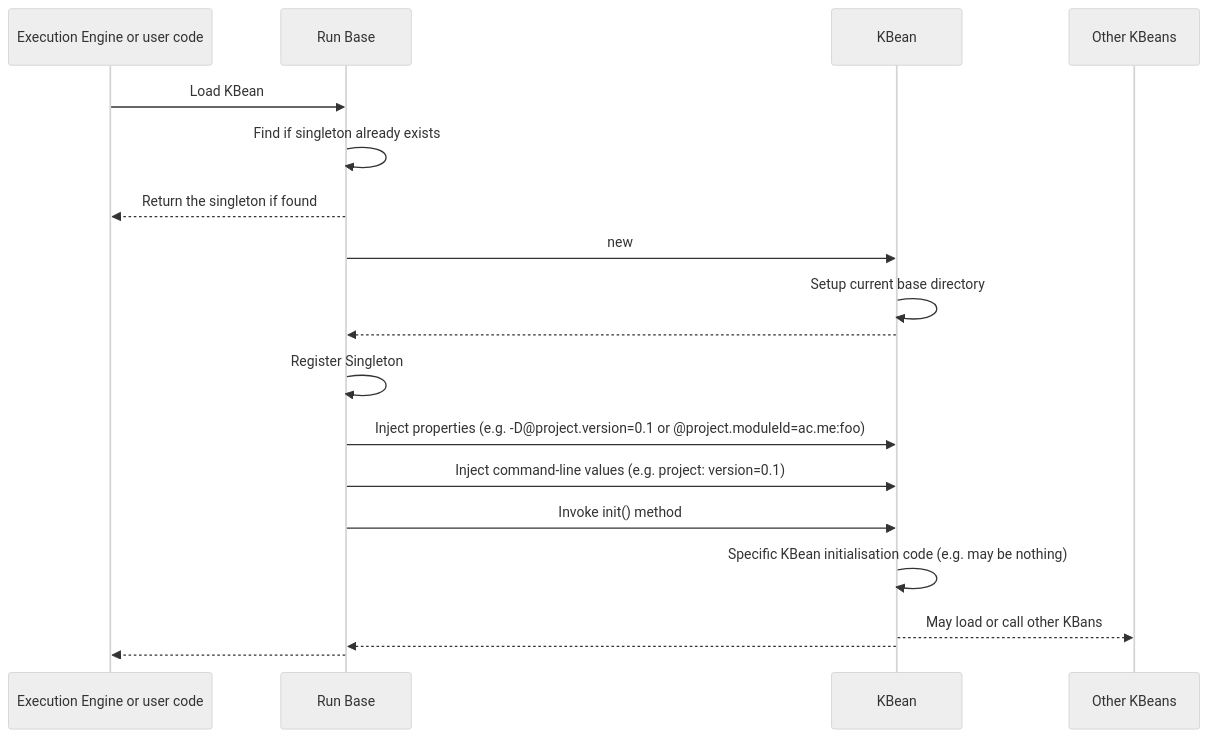
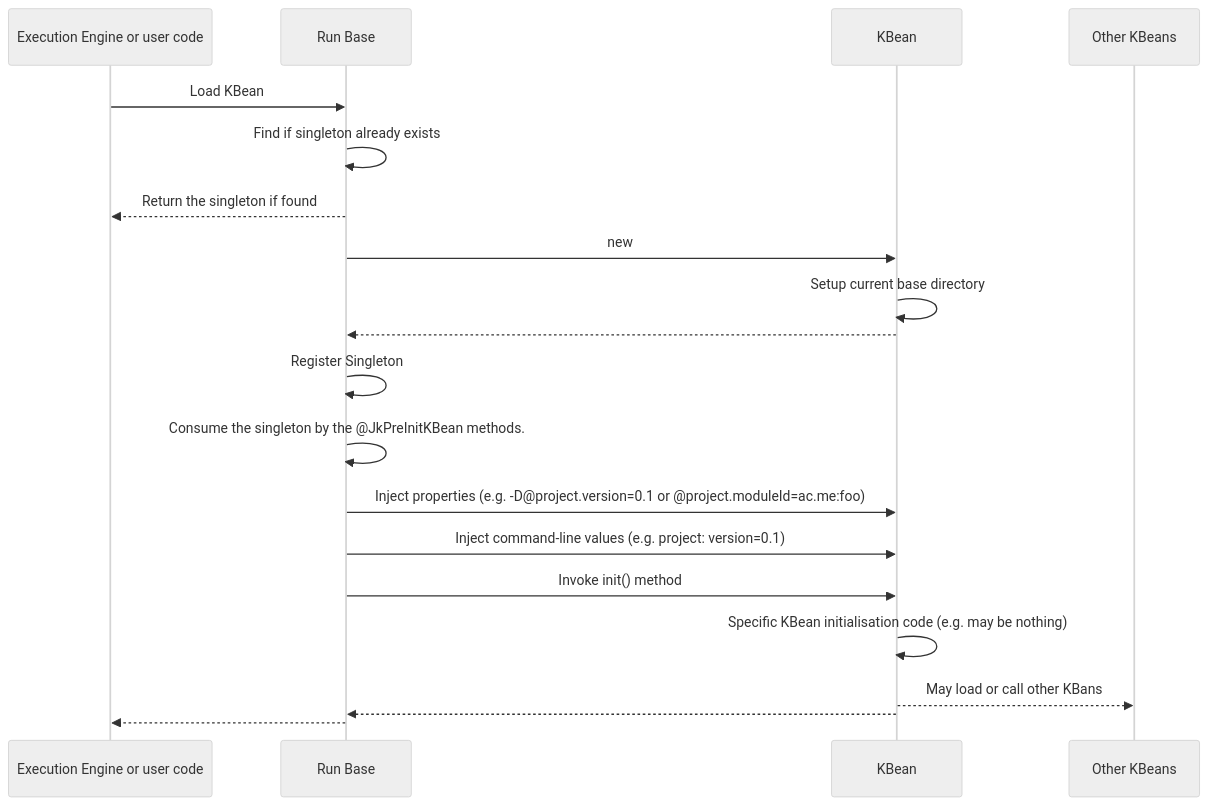
One commit to jeka-dev/jeka changed the first of 2 diagrams in docs/reference/kbeans.md. Above: the diagram before and after it, drawn with Mermaid (neutral theme). The commit also changed other lines of this file and 5 other files, not shown here.

First line of the commit message:
Add @JkPreInitKBean annotation for KBean pre-initialization

````diff
--- a/docs/reference/kbeans.md
+++ b/docs/reference/kbeans.md
@@ -148,23 +148,24 @@
 ```mermaid
 sequenceDiagram
     participant EE as Execution Engine or user code
     participant RB as Run Base
     participant KB as KBean
     participant OKB as Other KBeans
 
     EE->>RB:  Load KBean
     RB->>RB:  Find if singleton already exists
     RB-->>EE: Return the singleton if found
     RB->>KB:  new
     KB->>KB:  Setup current base directory
     KB-->>RB: 
     RB->>RB:  Register Singleton
+    RB->>RB:  Consume the singleton by the @JkPreInitKBean methods.
     RB->>KB:  Inject properties (e.g. -D@project.version=0.1 or @project.moduleId=ac.me:foo)
     RB->>KB:  Inject command-line values  (e.g. project: version=0.1)
     RB->>KB:  Invoke init() method
     KB->>KB:  Specific KBean initialisation code (e.g. may be nothing)
     KB-->> OKB: May load or call other KBans
     KB-->>RB: 
     RB-->>EE: 
  
 ```
````
